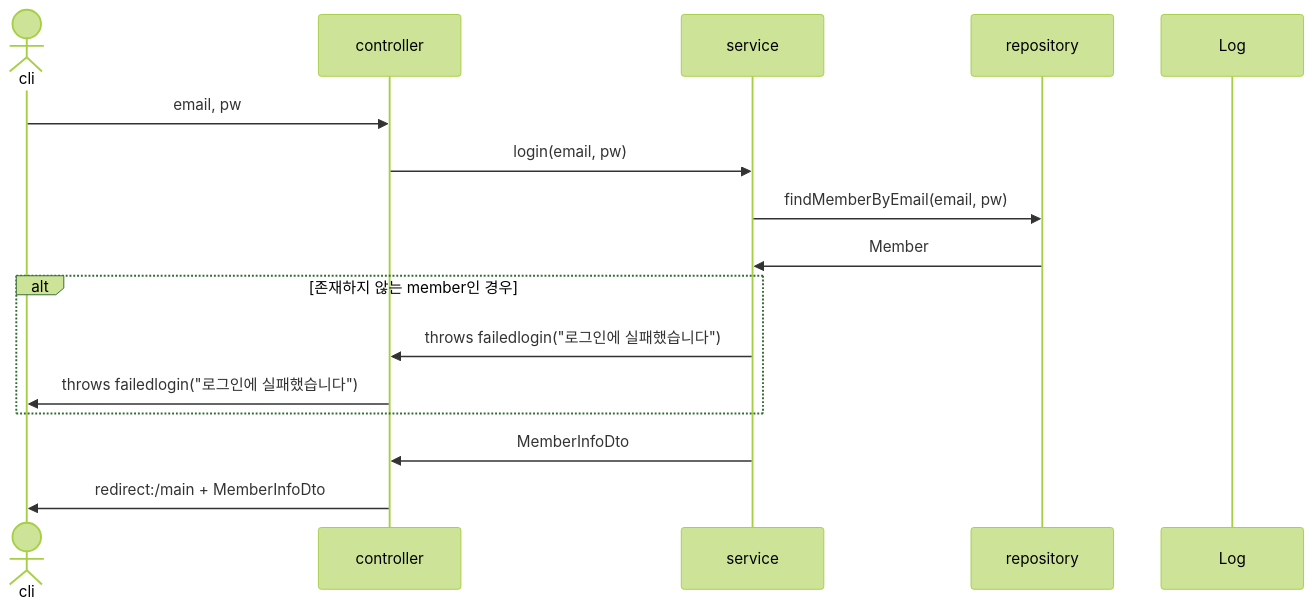
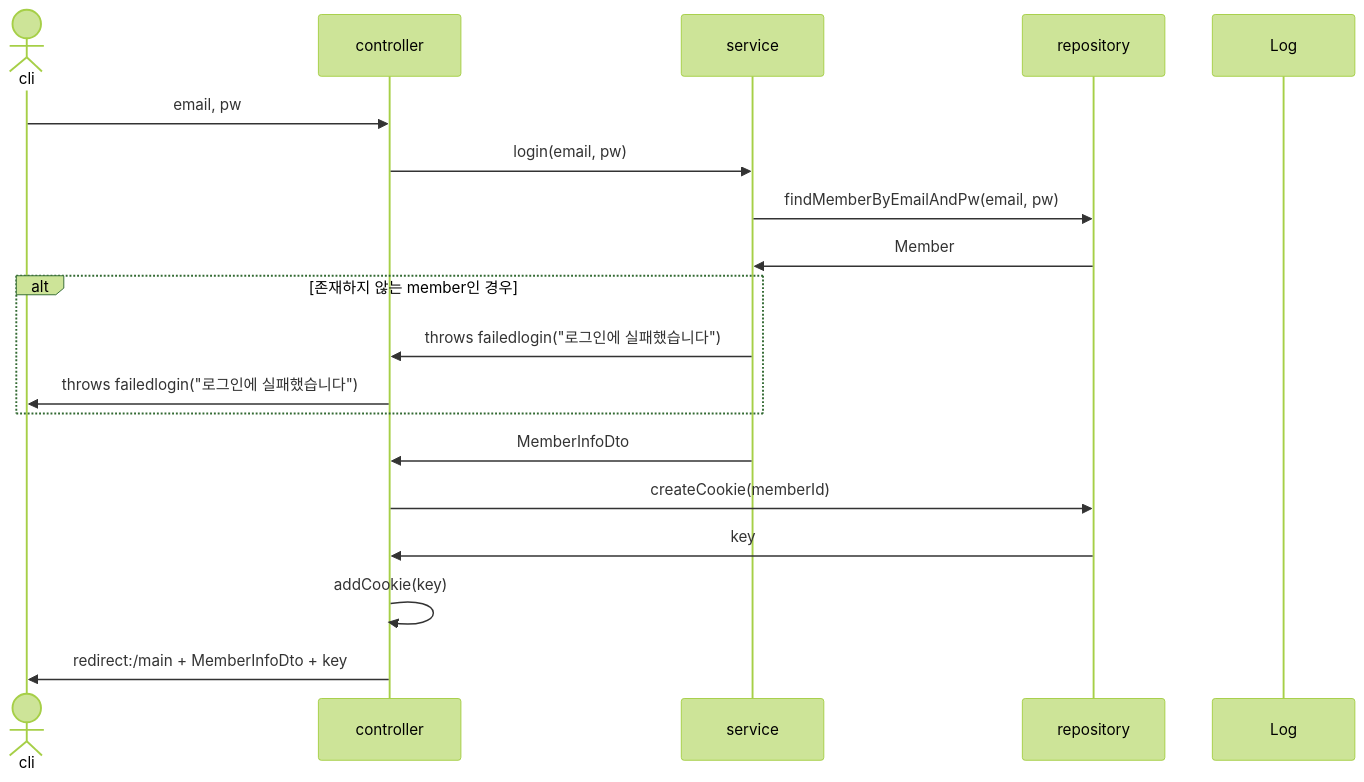
One commit to mtak0235/snsX changed the tenth of 31 diagrams in sequence.md. Above: the diagram before and after it, drawn with Mermaid (forest theme). The commit also changed other lines of this file, not shown here.

Commit message:
update login & logout sequence diagram

````diff
--- a/sequence.md
+++ b/sequence.md
@@ -212,19 +212,22 @@
 ```mermaid
 sequenceDiagram
 actor cli
 participant c as controller
 participant s as service
 participant r as repository
 participant l as Log
 
 cli->>c: email, pw
 c->>s: login(email, pw)
-s->>r: findMemberByEmail(email, pw)
+s->>r: findMemberByEmailAndPw(email, pw)
 r->>s: Member
 alt 존재하지 않는 member인 경우
 s->>c: throws failedlogin("로그인에 실패했습니다")
 c->>cli: throws failedlogin("로그인에 실패했습니다")
 end
 s->>c: MemberInfoDto
-c->>cli: redirect:/main + MemberInfoDto
+c->>r: createCookie(memberId)
+r->>c: key
+c->>c: addCookie(key)
+c->>cli: redirect:/main + MemberInfoDto + key
 ```
````
